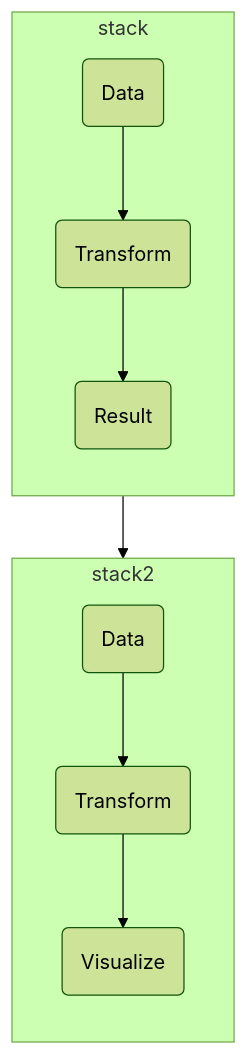
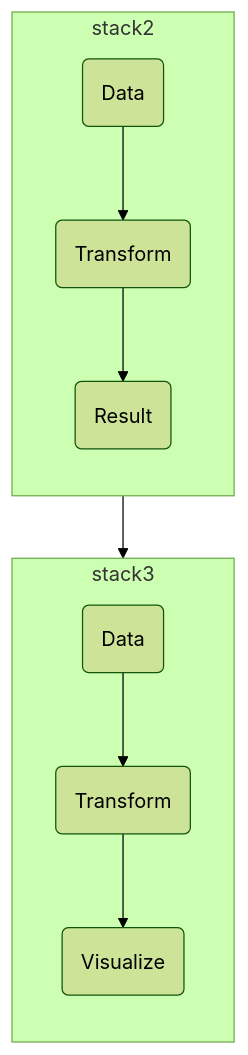
Before and after one commit to BristolMyersSquibb/useR2024: the sixth of 6 diagrams in index.qmd, drawn with Mermaid (forest theme). The commit also changed other lines of this file and 2 other files, not shown here.

````diff
--- a/index.qmd
+++ b/index.qmd
@@ -295,19 +338,19 @@
 ```{mermaid}
 %%| mermaid-format: svg
 flowchart TD
-  subgraph stack
+  subgraph stack2
     direction TB
     input_1(Data);
     transform_1(Transform);
     output_1(Result);
     input_1 --> transform_1 --> output_1;
   end
   output_1 --> input_2
-  subgraph stack2
+  subgraph stack3
     direction TB
     input_2(Data);
     transform_2(Transform);
     output_2(Visualize);
     input_2 --> transform_2 --> output_2;
   end
 ```
````
